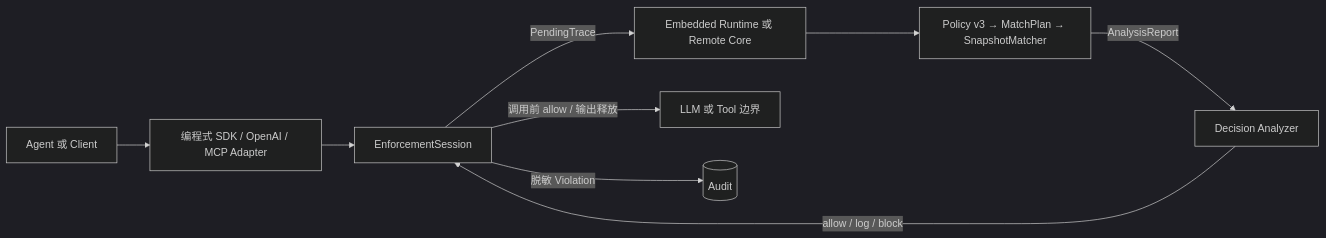
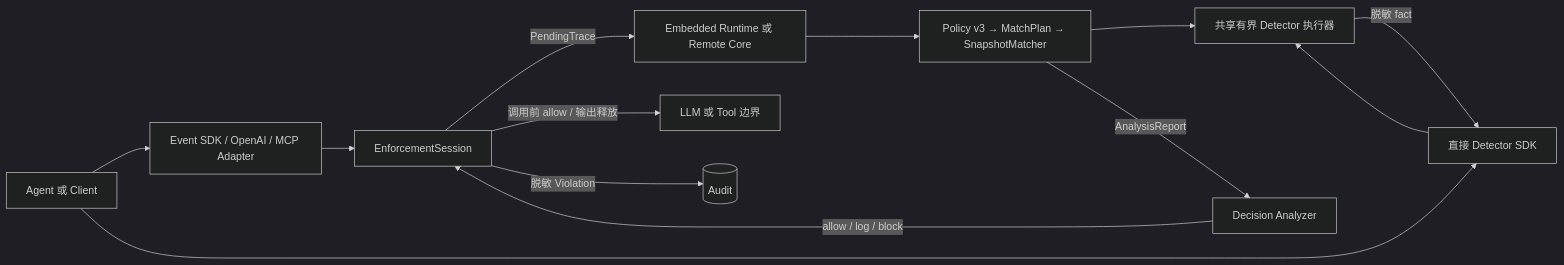
The diagram in README.zh-CN.md (cipeizheng/agent-guardrail), drawn with Mermaid (dark theme) before and after one commit. The commit also changed other lines of this file and 15 other files, not shown here.

Commit message:
feat: add direct detector SDK

````diff
--- a/README.zh-CN.md
+++ b/README.zh-CN.md
@@ -40,11 +40,15 @@
 ```mermaid
 flowchart LR
-    A[Agent 或 Client] --> B[编程式 SDK / OpenAI / MCP Adapter]
+    A[Agent 或 Client] --> B[Event SDK / OpenAI / MCP Adapter]
+    A --> I[直接 Detector SDK]
     B --> C[EnforcementSession]
     C -->|PendingTrace| D[Embedded Runtime 或 Remote Core]
     D --> E[Policy v3 → MatchPlan → SnapshotMatcher]
+    E --> J[共享有界 Detector 执行器]
+    I --> J
+    J -->|脱敏 fact| I
     E -->|AnalysisReport| F[Decision Analyzer]
     F -->|allow / log / block| C
     C -->|调用前 allow / 输出释放| G[LLM 或 Tool 边界]
     C -->|脱敏 Violation| H[(Audit)]
 ```
````
